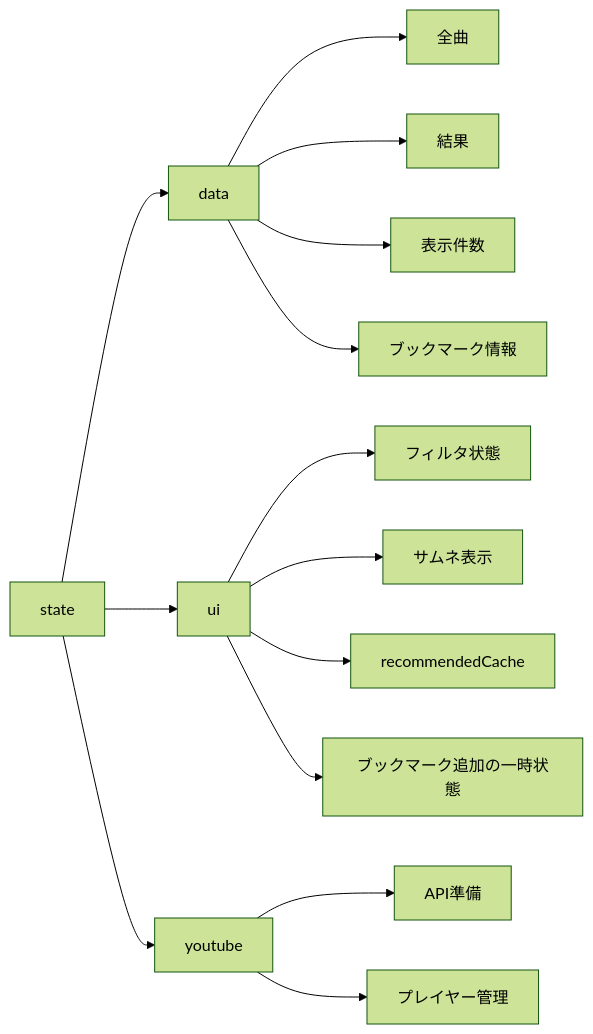
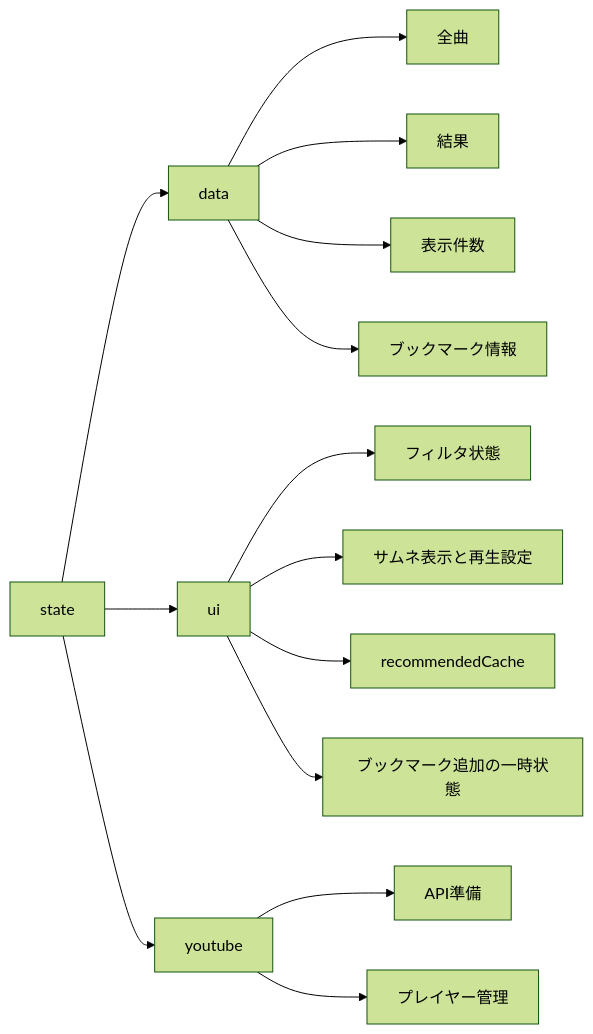
Before and after one commit to an-oa/devel-knksongs: the third of 3 diagrams in DESIGN.md, drawn with Mermaid (forest theme). The commit also changed other lines of this file and 22 other files, not shown here.

First line of the commit message:
feat: add playback settings and continuation flow

````diff
--- a/DESIGN.md
+++ b/DESIGN.md
@@ -186,17 +196,17 @@
 ```mermaid
 flowchart LR
     state[state]
     state --> data[data]
     state --> ui[ui]
     state --> youtube[youtube]
     data --> d1[全曲]
     data --> d2[結果]
     data --> d3[表示件数]
     data --> d4[ブックマーク情報]
     ui --> u1[フィルタ状態]
-    ui --> u2[サムネ表示]
+    ui --> u2[サムネ表示と再生設定]
     ui --> u3[recommendedCache]
     ui --> u4[ブックマーク追加の一時状態]
     youtube --> y1[API準備]
     youtube --> y2[プレイヤー管理]
 ```
````
